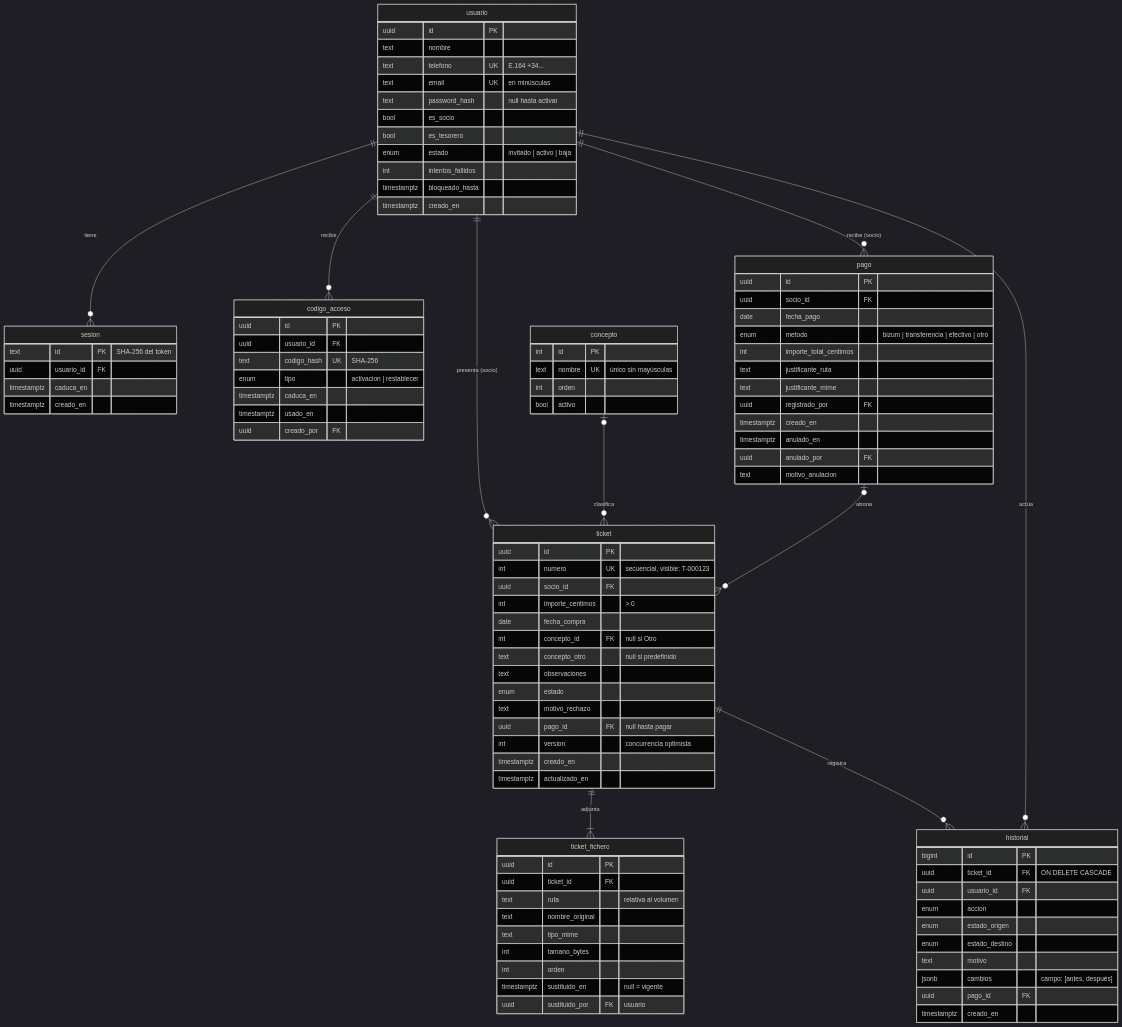
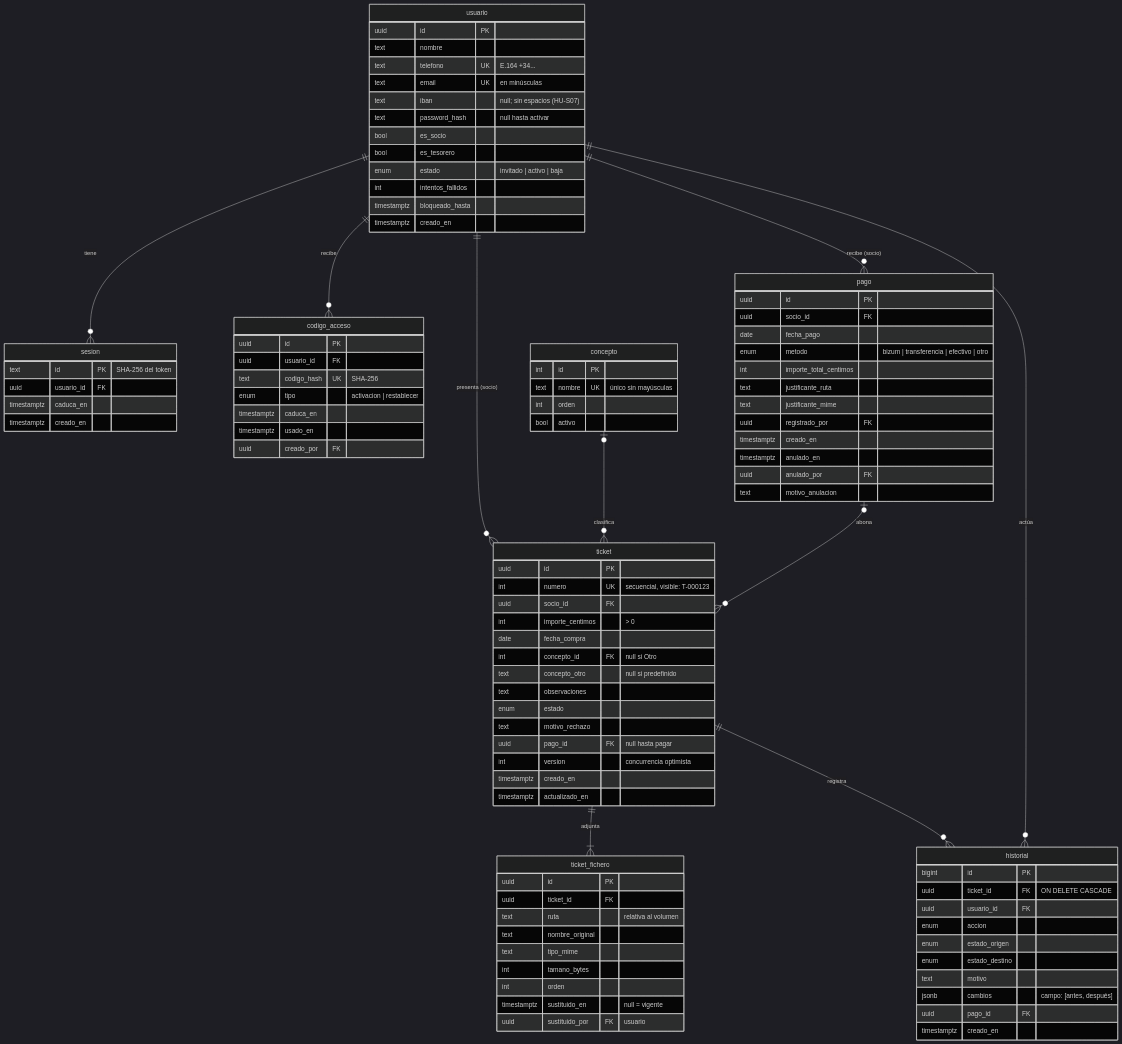
Before and after one commit to LuisLozano/eql4e-tickets: the diagram in docs/arquitectura/02-modelo-datos.md, drawn with Mermaid (dark theme). The commit also changed other lines of this file and 57 other files, not shown here.

```diff
--- a/docs/arquitectura/02-modelo-datos.md
+++ b/docs/arquitectura/02-modelo-datos.md
@@ -21,6 +21,7 @@
         text nombre
         text telefono UK "E.164 +34..."
         text email UK "en minúsculas"
+        text iban "null; sin espacios (HU-S07)"
         text password_hash "null hasta activar"
         bool es_socio
         bool es_tesorero
```
